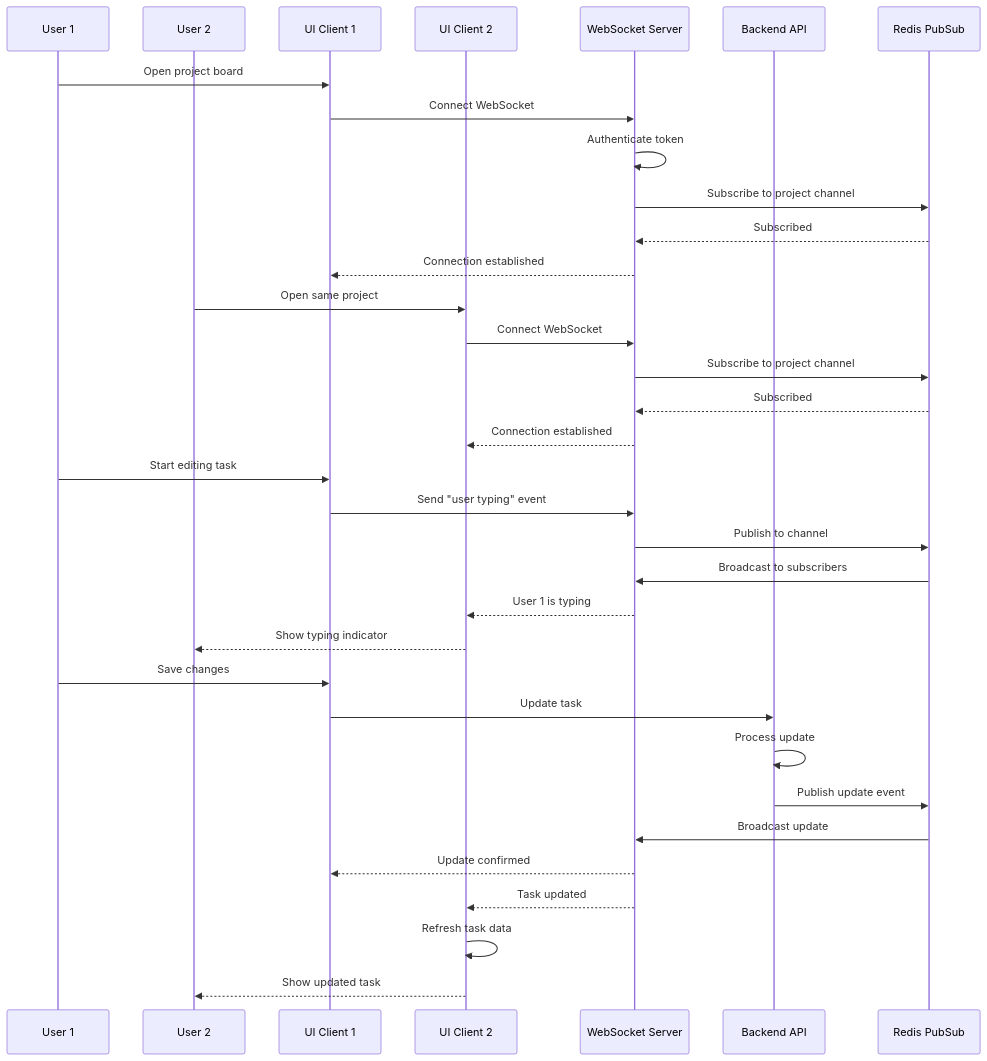
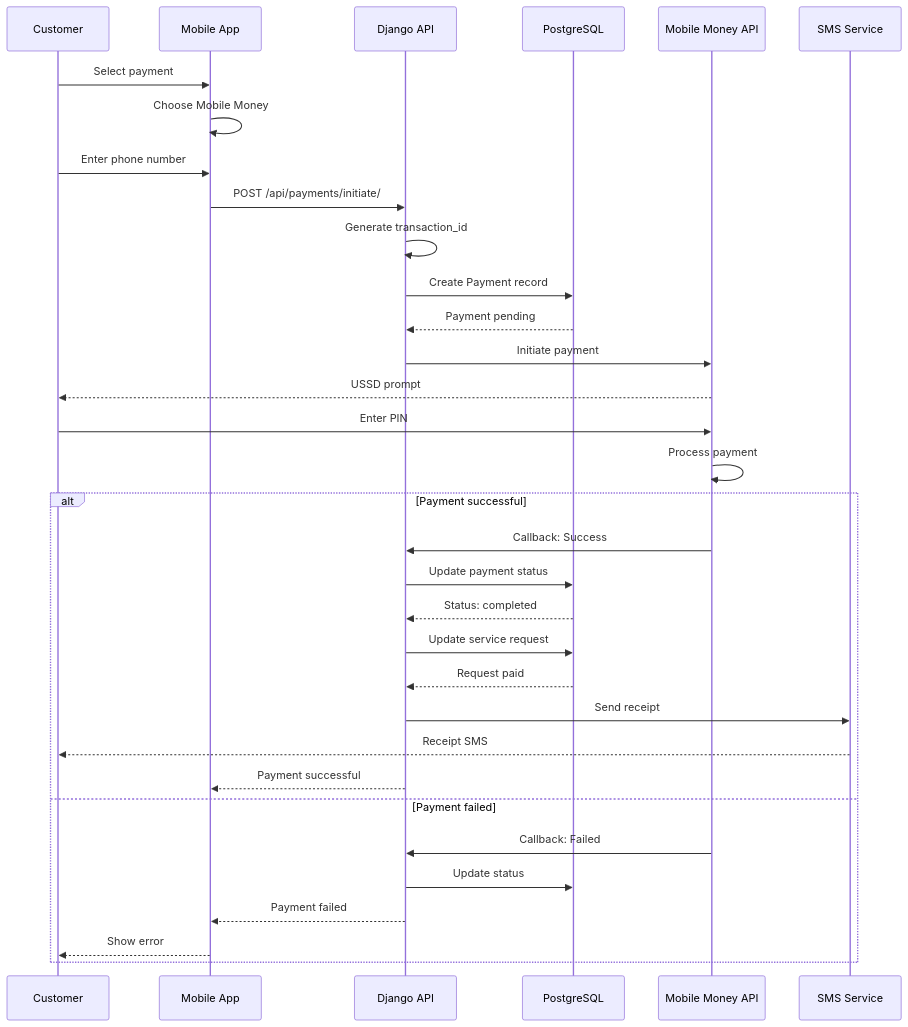
One commit to Ellis-Ayikwei/waste-wise changed the sixth of 10 diagrams in documentation/diagrams/sequence-diagrams.md. Above: the diagram before and after it, drawn with Mermaid. The commit also changed other lines of this file and 5 other files, not shown here.

Commit message:
Update architecture docs for Wasgo smart waste management system

````diff
--- a/documentation/diagrams/sequence-diagrams.md
+++ b/documentation/diagrams/sequence-diagrams.md
@@ -237,40 +195,42 @@
 ```mermaid
 sequenceDiagram
-    participant U1 as User 1
-    participant U2 as User 2
-    participant UI1 as UI Client 1
-    participant UI2 as UI Client 2
-    participant WS as WebSocket Server
-    participant API as Backend API
-    participant Redis as Redis PubSub
+    participant Customer as Customer
+    participant App as Mobile App
+    participant API as Django API
+    participant DB as PostgreSQL
+    participant MM as Mobile Money API
+    participant SMS as SMS Service
 
-    U1->>UI1: Open project board
-    UI1->>WS: Connect WebSocket
-    WS->>WS: Authenticate token
-    WS->>Redis: Subscribe to project channel
-    Redis-->>WS: Subscribed
-    WS-->>UI1: Connection established
+    Customer->>App: Select payment
+    App->>App: Choose Mobile Money
+    Customer->>App: Enter phone number
     
-    U2->>UI2: Open same project
-    UI2->>WS: Connect WebSocket
-    WS->>Redis: Subscribe to project channel
-    Redis-->>WS: Subscribed
-    WS-->>UI2: Connection established
+    App->>API: POST /api/payments/initiate/
+    API->>API: Generate transaction_id
+    API->>DB: Create Payment record
+    DB-->>API: Payment pending
     
-    U1->>UI1: Start editing task
-    UI1->>WS: Send "user typing" event
-    WS->>Redis: Publish to channel
-    Redis->>WS: Broadcast to subscribers
-    WS-->>UI2: User 1 is typing
-    UI2-->>U2: Show typing indicator
+    API->>MM: Initiate payment
+    MM-->>Customer: USSD prompt
+    Customer->>MM: Enter PIN
+    MM->>MM: Process payment
     
-    U1->>UI1: Save changes
-    UI1->>API: Update task
-    API->>API: Process update
-    API->>Redis: Publish update event
-    Redis->>WS: Broadcast update
-    WS-->>UI1: Update confirmed
-    WS-->>UI2: Task updated
-    UI2->>UI2: Refresh task data
-    UI2-->>U2: Show updated task
+    alt Payment successful
+        MM->>API: Callback: Success
+        API->>DB: Update payment status
+        DB-->>API: Status: completed
+        
+        API->>DB: Update service request
+        DB-->>API: Request paid
+        
+        API->>SMS: Send receipt
+        SMS-->>Customer: Receipt SMS
+        
+        API-->>App: Payment successful
+    else Payment failed
+        MM->>API: Callback: Failed
+        API->>DB: Update status
+        API-->>App: Payment failed
+        App-->>Customer: Show error
+    end
 ```
````
